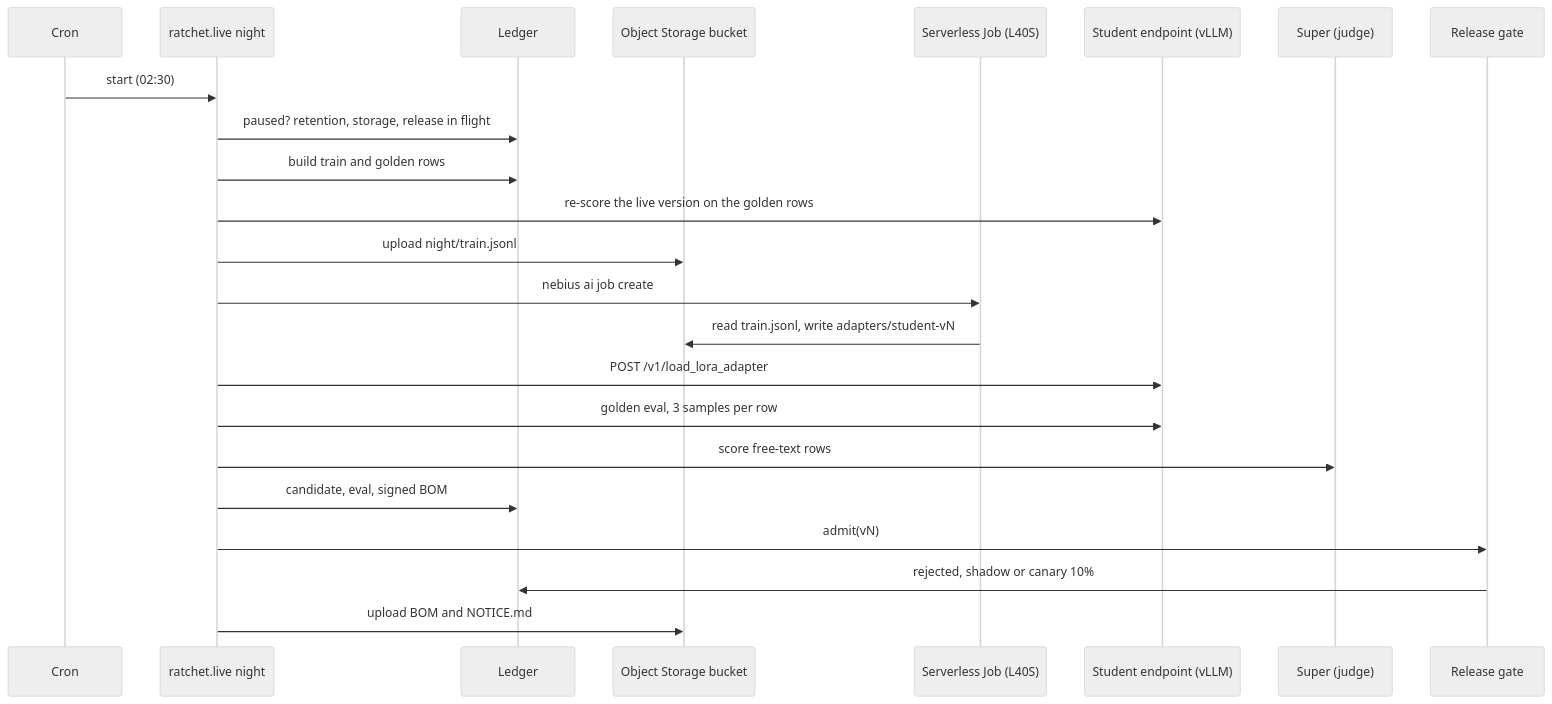
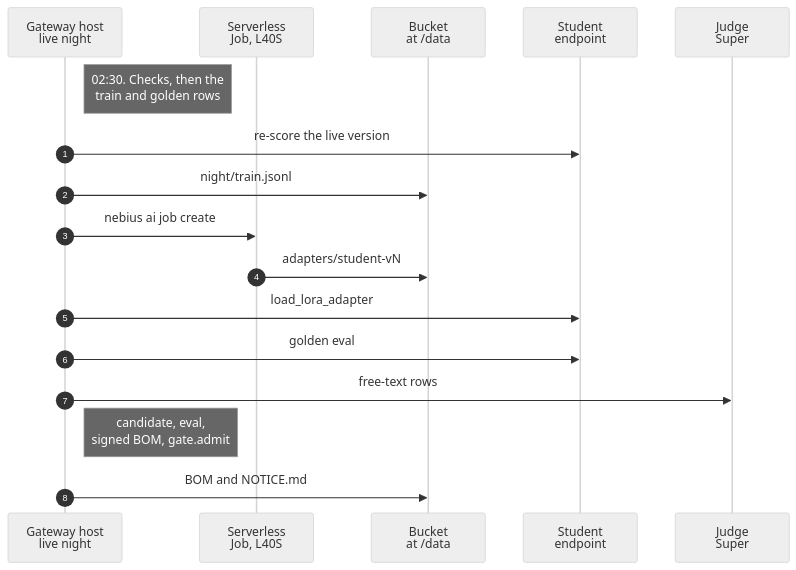
The second of 4 diagrams in docs-site/src/content/docs/guides/night-school.mdx (harshbhx/ratchet), drawn with Mermaid (neutral theme) before and after one commit. The commit also changed other lines of this file, not shown here.

Commit message:
docs-site: Night School as Mermaid: the night, one live night, the release states and the simulated rollback of v3

````diff
--- a/docs-site/src/content/docs/guides/night-school.mdx
+++ b/docs-site/src/content/docs/guides/night-school.mdx
@@ -66,25 +96,19 @@
 ```mermaid
 sequenceDiagram
-  participant Cron
-  participant Live as ratchet.live night
-  participant Ledger
-  participant Bucket as Object Storage bucket
-  participant Job as Serverless Job (L40S)
-  participant Endpoint as Student endpoint (vLLM)
-  participant Judge as Super (judge)
-  participant Gate as Release gate
-  Cron->>Live: start (02:30)
-  Live->>Ledger: paused? retention, storage, release in flight
-  Live->>Ledger: build train and golden rows
-  Live->>Endpoint: re-score the live version on the golden rows
-  Live->>Bucket: upload night/train.jsonl
-  Live->>Job: nebius ai job create
-  Job->>Bucket: read train.jsonl, write adapters/student-vN
-  Live->>Endpoint: POST /v1/load_lora_adapter
-  Live->>Endpoint: golden eval, 3 samples per row
-  Live->>Judge: score free-text rows
-  Live->>Ledger: candidate, eval, signed BOM
-  Live->>Gate: admit(vN)
-  Gate->>Ledger: rejected, shadow or canary 10%
-  Live->>Bucket: upload BOM and NOTICE.md
+  autonumber
+  participant Night as Gateway host<br/>live night
+  participant Job as Serverless<br/>Job, L40S
+  participant Bucket as Bucket<br/>at /data
+  participant Student as Student<br/>endpoint
+  participant Judge as Judge<br/>Super
+  Note right of Night: 02:30. Checks, then the<br/>train and golden rows
+  Night->>Student: re-score the live version
+  Night->>Bucket: night/train.jsonl
+  Night->>Job: nebius ai job create
+  Job->>Bucket: adapters/student-vN
+  Night->>Student: load_lora_adapter
+  Night->>Student: golden eval
+  Night->>Judge: free-text rows
+  Note right of Night: candidate, eval,<br/>signed BOM, gate.admit
+  Night->>Bucket: BOM and NOTICE.md
 ```
````
